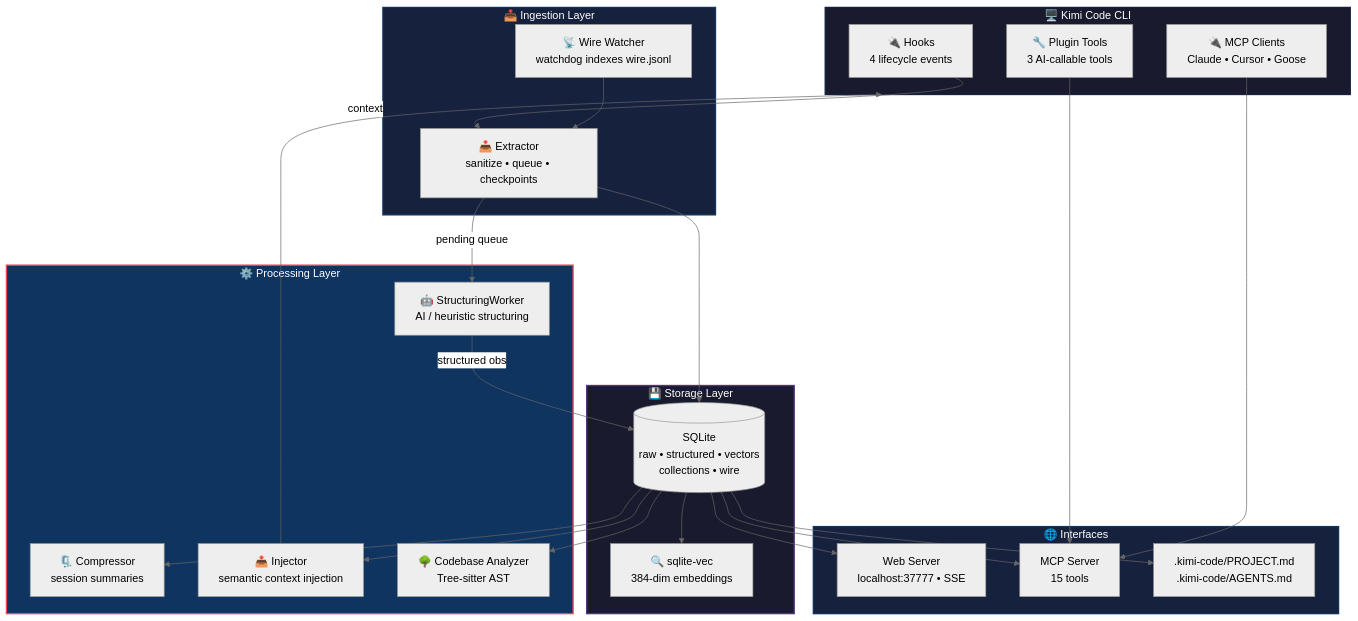
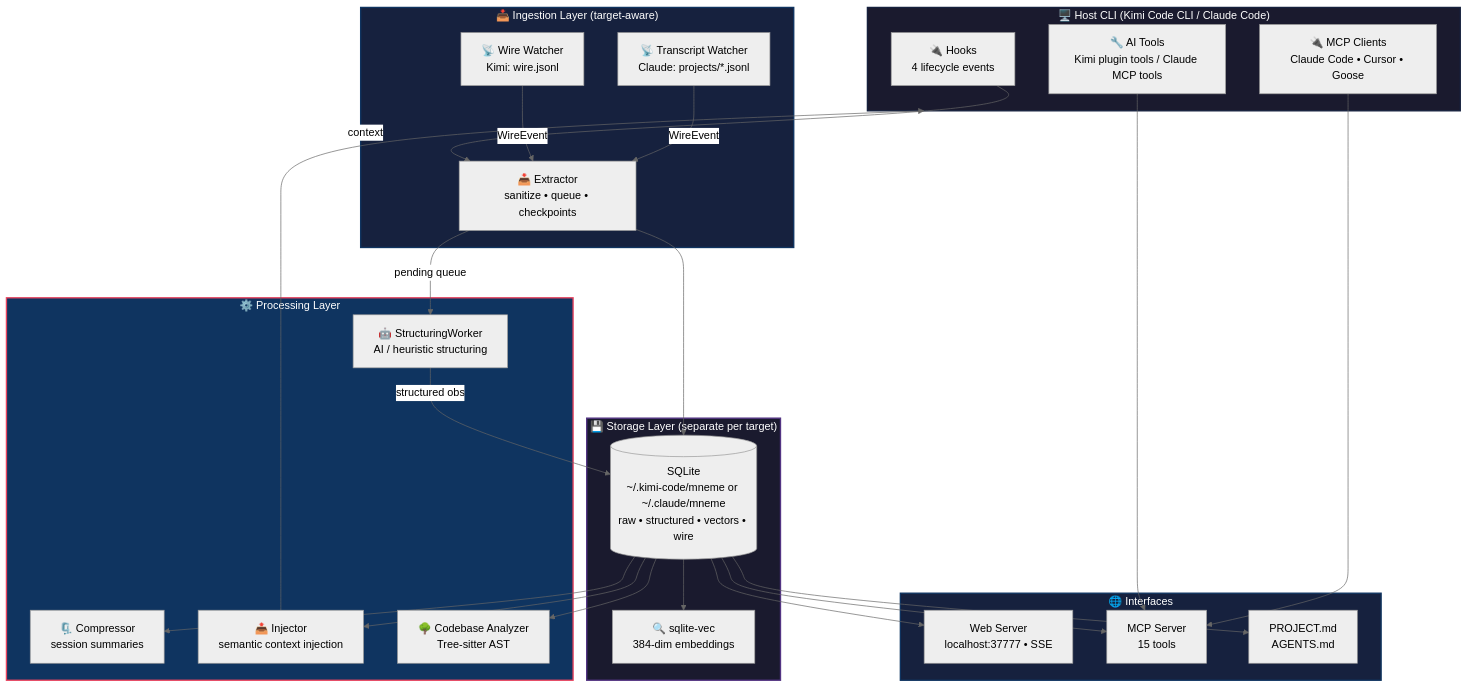
The diagram in README.md (ArchiDoxx/mneme-kimi-code), drawn with Mermaid (neutral theme) before and after one commit. The commit also changed other lines of this file, not shown here.

First line of the commit message:
Add Claude Code support and dual-target docs

````diff
--- a/README.md
+++ b/README.md
@@ -267,53 +289,55 @@
 ```mermaid
 flowchart TB
-    subgraph kimi_cli["🖥️ Kimi Code CLI"]
+    subgraph host_cli["🖥️ Host CLI (Kimi Code CLI / Claude Code)"]
         hooks["🔌 Hooks<br/>4 lifecycle events"]
-        plugin["🔧 Plugin Tools<br/>3 AI-callable tools"]
-        mcp_client["🔌 MCP Clients<br/>Claude • Cursor • Goose"]
+        plugin["🔧 AI Tools<br/>Kimi plugin tools / Claude MCP tools"]
+        mcp_client["🔌 MCP Clients<br/>Claude Code • Cursor • Goose"]
     end
 
-    subgraph ingestion["📥 Ingestion Layer"]
-        wire["📡 Wire Watcher<br/>watchdog indexes wire.jsonl"]
+    subgraph ingestion["📥 Ingestion Layer (target-aware)"]
+        wire["📡 Wire Watcher<br/>Kimi: wire.jsonl"]
+        transcript["📡 Transcript Watcher<br/>Claude: projects/*.jsonl"]
         extractor["📥 Extractor<br/>sanitize • queue • checkpoints"]
     end
 
     subgraph processing["⚙️ Processing Layer"]
         worker["🤖 StructuringWorker<br/>AI / heuristic structuring"]
         compressor["🗜️ Compressor<br/>session summaries"]
         injector["📤 Injector<br/>semantic context injection"]
         analyzer["🌳 Codebase Analyzer<br/>Tree-sitter AST"]
     end
 
-    subgraph storage["💾 Storage Layer"]
-        sqlite[("SQLite<br/>raw • structured • vectors<br/>collections • wire")]
+    subgraph storage["💾 Storage Layer (separate per target)"]
+        sqlite[("SQLite<br/>~/.kimi-code/mneme or ~/.claude/mneme<br/>raw • structured • vectors • wire")]
         vec["🔍 sqlite-vec<br/>384-dim embeddings"]
     end
 
     subgraph interfaces["🌐 Interfaces"]
         server["Web Server<br/>localhost:37777 • SSE"]
         mcp_server["MCP Server<br/>15 tools"]
-        project_md[".kimi-code/PROJECT.md<br/>.kimi-code/AGENTS.md"]
+        project_md["PROJECT.md<br/>AGENTS.md"]
     end
 
     hooks --> extractor
-    wire --> extractor
+    wire -->|WireEvent| extractor
+    transcript -->|WireEvent| extractor
     extractor --> sqlite
     extractor -->|pending queue| worker
     worker -->|structured obs| sqlite
     sqlite --> vec
     sqlite --> compressor
     sqlite --> injector
     sqlite --> analyzer
     sqlite --> server
     sqlite --> mcp_server
     sqlite --> project_md
     plugin --> mcp_server
     mcp_client --> mcp_server
-    injector -->|context| kimi_cli
+    injector -->|context| host_cli
 
-    style kimi_cli fill:#1a1a2e,stroke:#16213e,stroke-width:2px,color:#fff
+    style host_cli fill:#1a1a2e,stroke:#16213e,stroke-width:2px,color:#fff
     style ingestion fill:#16213e,stroke:#0f3460,stroke-width:2px,color:#fff
     style processing fill:#0f3460,stroke:#e94560,stroke-width:2px,color:#fff
     style storage fill:#1a1a2e,stroke:#533483,stroke-width:2px,color:#fff
     style interfaces fill:#16213e,stroke:#0f3460,stroke-width:2px,color:#fff
 ```
````
